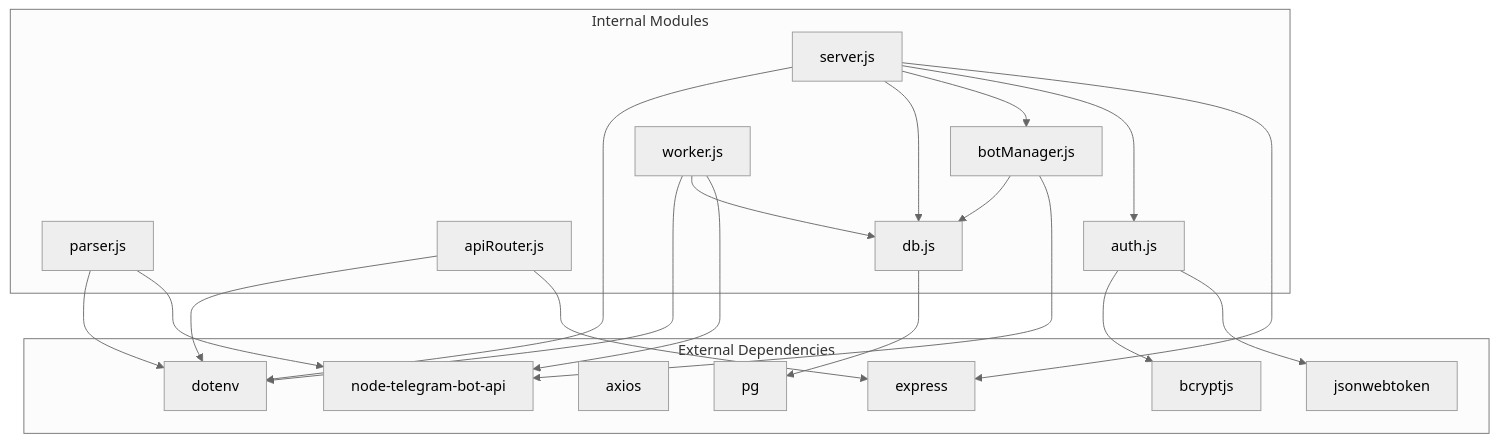
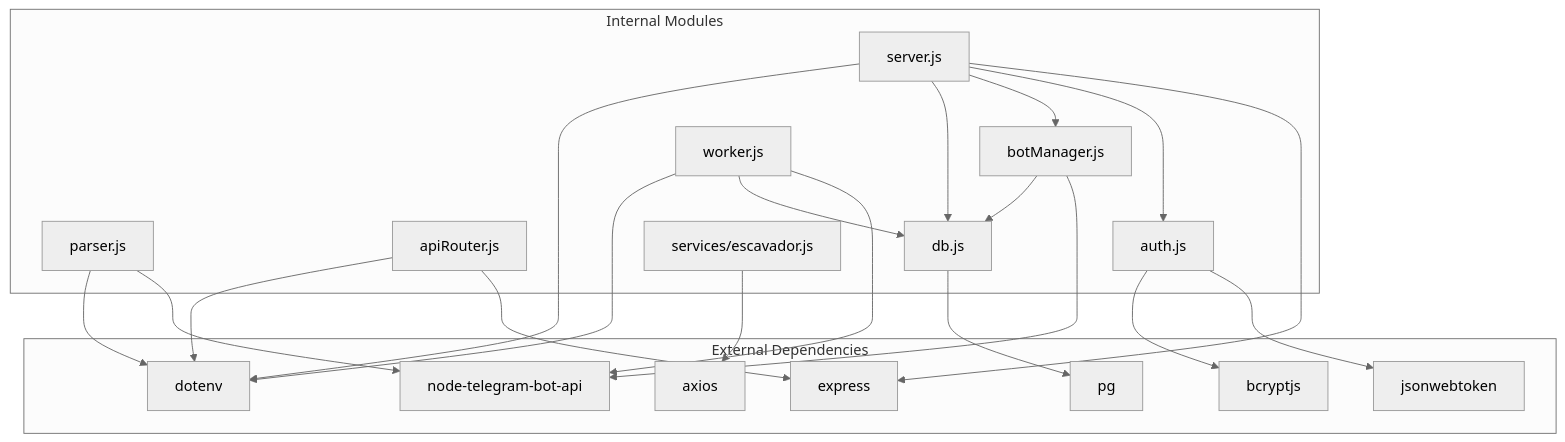
Before and after one commit to Alexandrexicara/bot-processos: the sixth of 6 diagrams in .qoder/repowiki/en/content/Telegram Bot Integration/Parser System.md, drawn with Mermaid (neutral theme). The commit also changed other lines of this file and 3 other files, not shown here.

````diff
--- a/.qoder/repowiki/en/content/Telegram Bot Integration/Parser System.md
+++ b/.qoder/repowiki/en/content/Telegram Bot Integration/Parser System.md
@@ -298,38 +335,40 @@
 ```mermaid
 graph TB
 subgraph "External Dependencies"
 NodeTelegram[node-telegram-bot-api]
 Express[express]
 Axios[axios]
 PG[pg]
 Bcrypt[bcryptjs]
 JWT[jsonwebtoken]
 Dotenv[dotenv]
 end
 subgraph "Internal Modules"
 Parser[parser.js]
 BotManager[botManager.js]
 APIRouter[apiRouter.js]
 Auth[auth.js]
 DB[db.js]
 Server[server.js]
 Worker[worker.js]
+Escavador[services/escavador.js]
 end
 Parser --> NodeTelegram
 BotManager --> NodeTelegram
 APIRouter --> Express
 Server --> Express
 Server --> Auth
 Server --> BotManager
 Worker --> NodeTelegram
 Worker --> DB
 BotManager --> DB
 Server --> DB
 Auth --> JWT
 Auth --> Bcrypt
 DB --> PG
 Server --> Dotenv
 Worker --> Dotenv
 APIRouter --> Dotenv
 Parser --> Dotenv
+Escavador --> Axios
 ```
````
